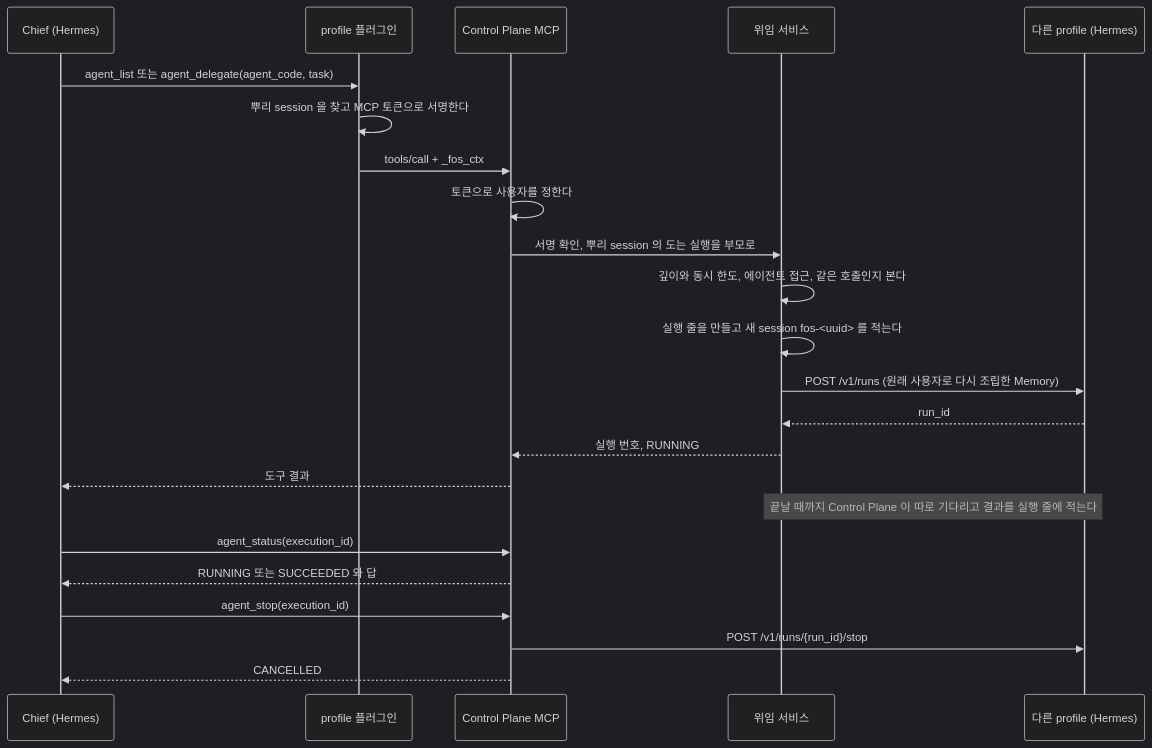
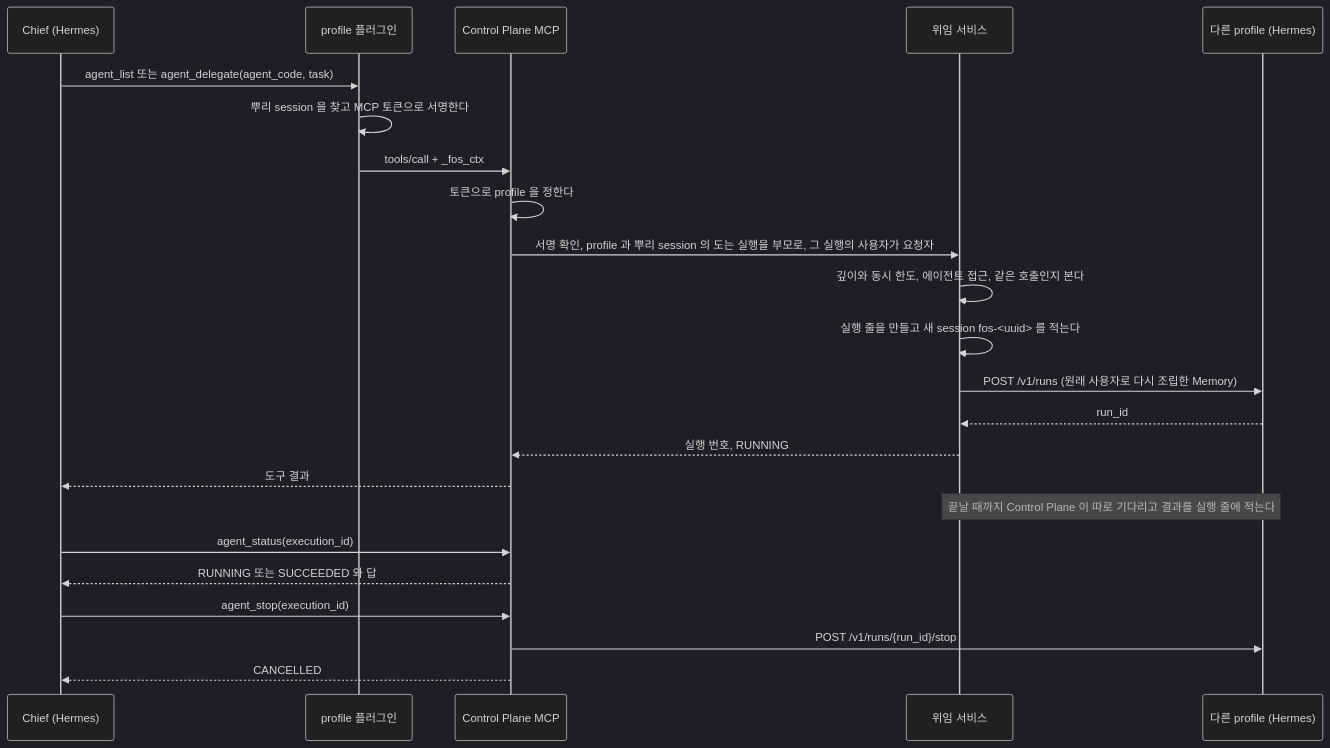
Before and after one commit to jon890/fos-assistant: diagram 17 of 21 in docs/flow.md, drawn with Mermaid (dark theme). The commit also changed other lines of this file and 10 other files, not shown here.

````diff
--- a/docs/flow.md
+++ b/docs/flow.md
@@ -1000,26 +1065,26 @@
 ```mermaid
 sequenceDiagram
     participant C as Chief (Hermes)
     participant P as profile 플러그인
     participant M as Control Plane MCP
     participant D as 위임 서비스
     participant H as 다른 profile (Hermes)
 
     C->>P: agent_list 또는 agent_delegate(agent_code, task)
     P->>P: 뿌리 session 을 찾고 MCP 토큰으로 서명한다
     P->>M: tools/call + _fos_ctx
-    M->>M: 토큰으로 사용자를 정한다
-    M->>D: 서명 확인, 뿌리 session 의 도는 실행을 부모로
+    M->>M: 토큰으로 profile 을 정한다
+    M->>D: 서명 확인, profile 과 뿌리 session 의 도는 실행을 부모로, 그 실행의 사용자가 요청자
     D->>D: 깊이와 동시 한도, 에이전트 접근, 같은 호출인지 본다
     D->>D: 실행 줄을 만들고 새 session fos-<uuid> 를 적는다
     D->>H: POST /v1/runs (원래 사용자로 다시 조립한 Memory)
     H-->>D: run_id
     D-->>M: 실행 번호, RUNNING
     M-->>C: 도구 결과
     Note over D,H: 끝날 때까지 Control Plane 이 따로 기다리고 결과를 실행 줄에 적는다
     C->>M: agent_status(execution_id)
     M-->>C: RUNNING 또는 SUCCEEDED 와 답
     C->>M: agent_stop(execution_id)
     M->>H: POST /v1/runs/{run_id}/stop
     M-->>C: CANCELLED
 ```
````
